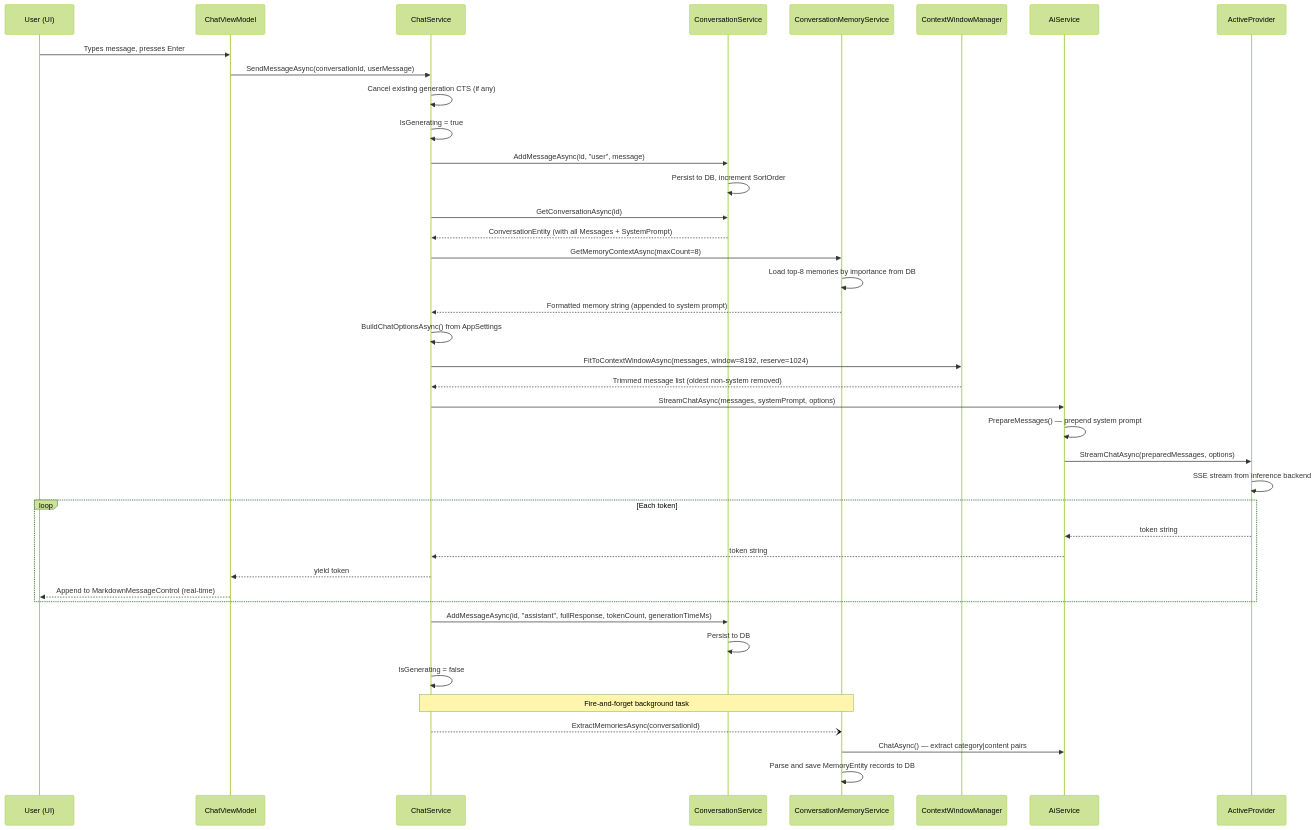
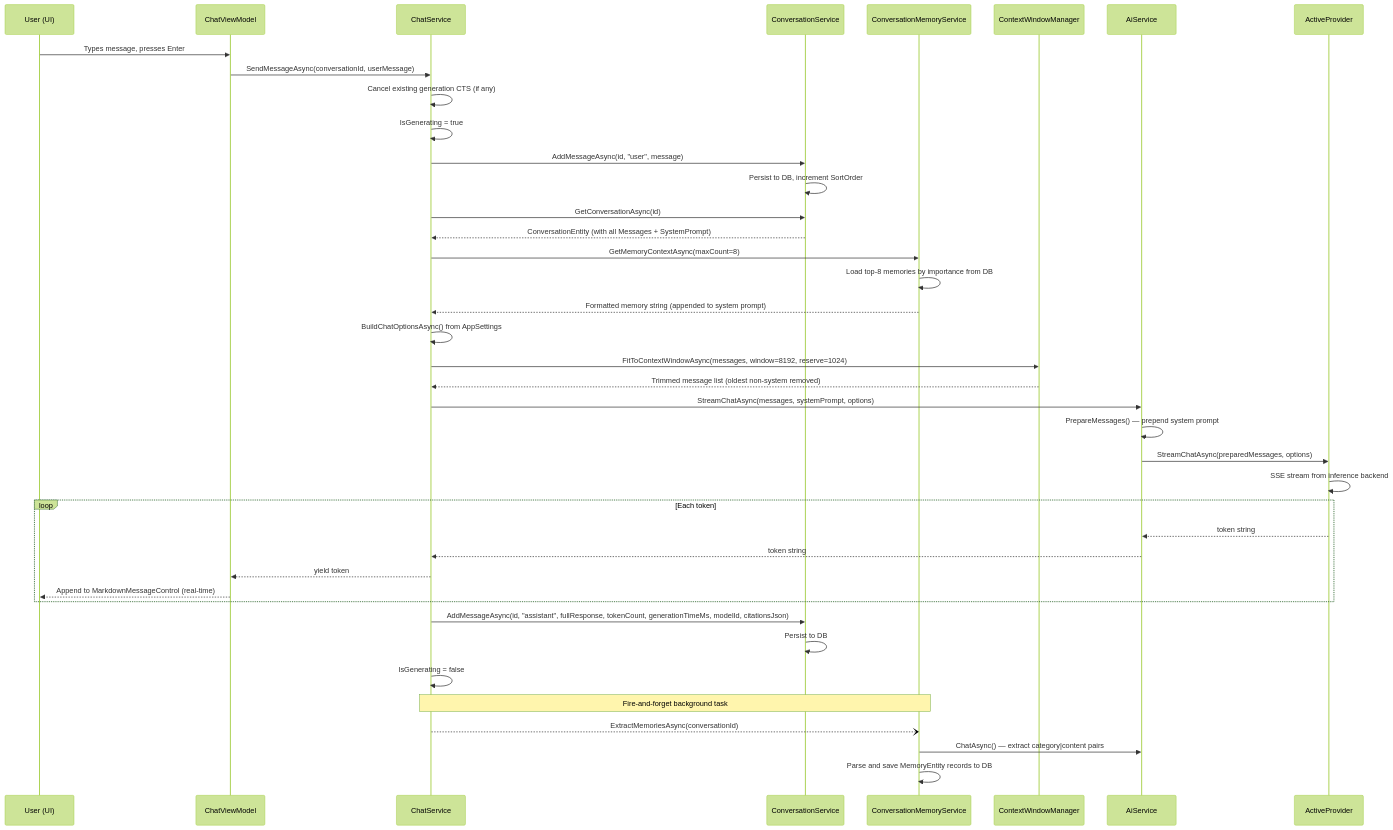
Before and after one commit to Git-Rocky-Stack/Agent-X: the eighth of 13 diagrams in docs/ARCHITECTURE.md, drawn with Mermaid (forest theme). The commit also changed 48 other files, not shown here.

````diff
--- a/docs/ARCHITECTURE.md
+++ b/docs/ARCHITECTURE.md
@@ -1187,46 +1187,46 @@
 ```mermaid
 sequenceDiagram
     participant USER as User (UI)
     participant VM as ChatViewModel
     participant CS as ChatService
     participant CVS as ConversationService
     participant MEM as ConversationMemoryService
     participant CTX as ContextWindowManager
     participant AIS as AiService
     participant PROV as ActiveProvider
 
     USER->>VM: Types message, presses Enter
     VM->>CS: SendMessageAsync(conversationId, userMessage)
     CS->>CS: Cancel existing generation CTS (if any)
     CS->>CS: IsGenerating = true
     CS->>CVS: AddMessageAsync(id, "user", message)
     CVS->>CVS: Persist to DB, increment SortOrder
     CS->>CVS: GetConversationAsync(id)
     CVS-->>CS: ConversationEntity (with all Messages + SystemPrompt)
     CS->>MEM: GetMemoryContextAsync(maxCount=8)
     MEM->>MEM: Load top-8 memories by importance from DB
     MEM-->>CS: Formatted memory string (appended to system prompt)
     CS->>CS: BuildChatOptionsAsync() from AppSettings
     CS->>CTX: FitToContextWindowAsync(messages, window=8192, reserve=1024)
     CTX-->>CS: Trimmed message list (oldest non-system removed)
     CS->>AIS: StreamChatAsync(messages, systemPrompt, options)
     AIS->>AIS: PrepareMessages() — prepend system prompt
     AIS->>PROV: StreamChatAsync(preparedMessages, options)
     PROV->>PROV: SSE stream from inference backend
 
     loop Each token
         PROV-->>AIS: token string
         AIS-->>CS: token string
         CS-->>VM: yield token
         VM-->>USER: Append to MarkdownMessageControl (real-time)
     end
 
-    CS->>CVS: AddMessageAsync(id, "assistant", fullResponse, tokenCount, generationTimeMs)
+    CS->>CVS: AddMessageAsync(id, "assistant", fullResponse, tokenCount, generationTimeMs, modelId, citationsJson)
     CVS->>CVS: Persist to DB
     CS->>CS: IsGenerating = false
 
     Note over CS,MEM: Fire-and-forget background task
     CS--)MEM: ExtractMemoriesAsync(conversationId)
     MEM->>AIS: ChatAsync() — extract category|content pairs
     MEM->>MEM: Parse and save MemoryEntity records to DB
 ```
````
